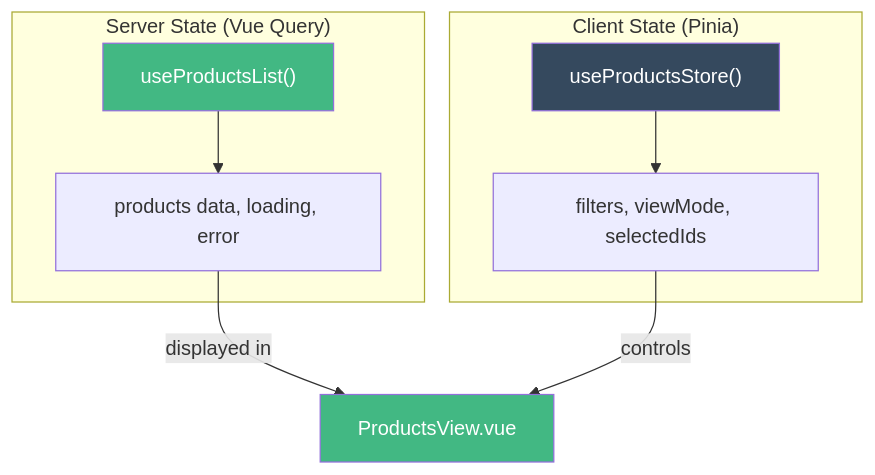
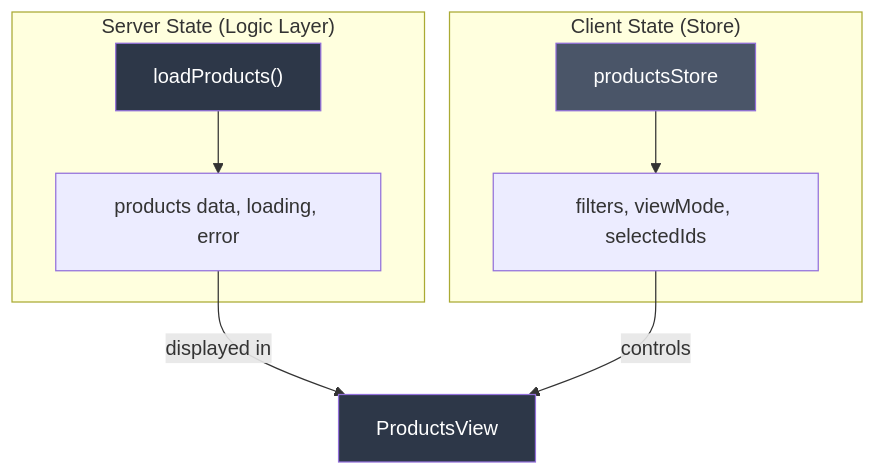
Before and after one commit to NoaiRox/specialist-agent: the third of 3 diagrams in docs/guide/layers.md, drawn with Mermaid. The commit also changed other lines of this file and 7 other files, not shown here.

First line of the commit message:
refactor(docs): make ARCHITECTURE.md optional and docs framework-agnostic (#60)

````diff
--- a/docs/guide/layers.md
+++ b/docs/guide/layers.md
@@ -281,21 +228,21 @@
 ```mermaid
 graph TB
-    subgraph "Server State (Vue Query)"
-        Q["useProductsList()"]
+    subgraph "Server State (Logic Layer)"
+        Q["loadProducts()"]
         QD["products data, loading, error"]
         Q --> QD
     end
 
-    subgraph "Client State (Pinia)"
-        P["useProductsStore()"]
+    subgraph "Client State (Store)"
+        P["productsStore"]
         PD["filters, viewMode, selectedIds"]
         P --> PD
     end
 
-    QD -->|"displayed in"| Comp["ProductsView.vue"]
+    QD -->|"displayed in"| Comp["ProductsView"]
     PD -->|"controls"| Comp
 
-    style Q fill:#42b883,color:#fff
-    style P fill:#35495e,color:#fff
-    style Comp fill:#42b883,color:#fff
+    style Q fill:#2d3748,color:#fff
+    style P fill:#4a5568,color:#fff
+    style Comp fill:#2d3748,color:#fff
 ```
````
